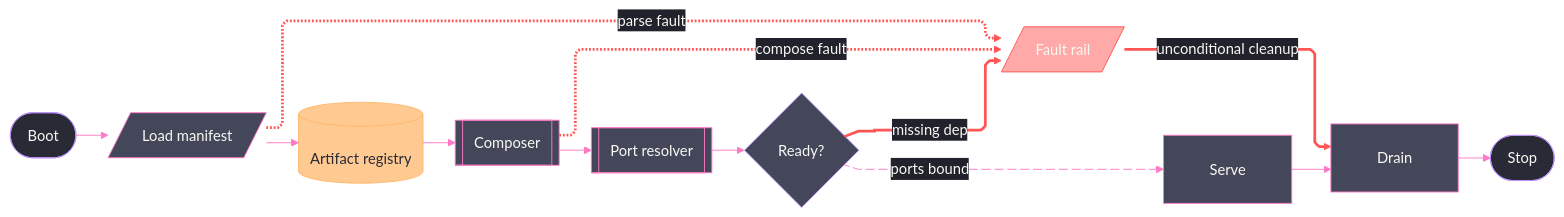
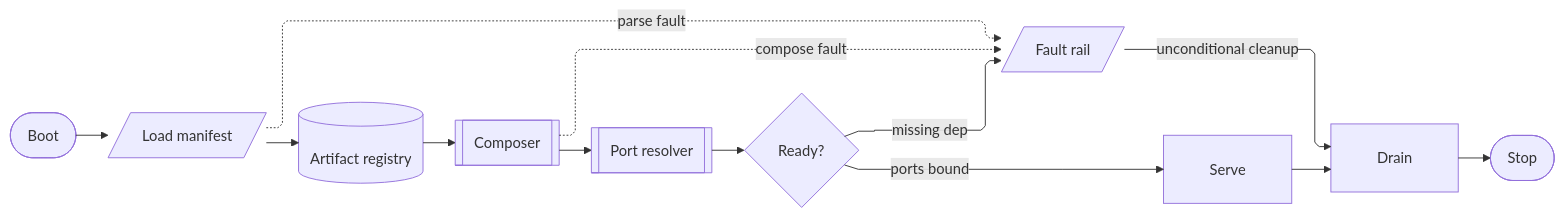
The diagram in .claude/skills/mermaid-diagramming/templates/spine.mmd.md (bsamiee/Rasm), drawn with Mermaid before and after one commit. The commit also changed other lines of this file and 28 other files, not shown here.

Commit message:
skills(docgen+mermaid): payload-only diagram law — docgen gate/fixer strips fence styling; mermaid bundle sheds the styling canon, theming survives as one opt-in reference

````diff
--- a/.claude/skills/mermaid-diagramming/templates/spine.mmd.md
+++ b/.claude/skills/mermaid-diagramming/templates/spine.mmd.md
@@ -5,51 +5,24 @@
 ```mermaid
 ---
 config:
-  theme: base
-  look: classic
   layout: elk
   flowchart:
     curve: linear
     padding: 25
-  themeVariables:
-    darkMode: true
-    fontFamily: "SF Mono, Menlo, Cascadia Mono, Segoe UI Mono, Consolas, monospace"
-    useGradient: false
-    dropShadow: "none"
-    background: "#282A36"
-    primaryColor: "#44475A"
-    primaryTextColor: "#F8F8F2"
-    primaryBorderColor: "#BD93F9"
-    lineColor: "#FF79C6"
-    textColor: "#F8F8F2"
-    edgeLabelBackground: "#21222C"
-    labelBackgroundColor: "#21222C"
-  themeCSS: ".nodeLabel{font-size:13px;font-weight:500}.edgeLabel{font-size:12px;font-weight:500}.cluster-label .nodeLabel{font-size:13.5px;font-weight:700;letter-spacing:.08em}.edge-thickness-normal{stroke-width:2px}.edge-thickness-thick{stroke-width:3px}.edge-pattern-dashed,.edge-pattern-dotted{stroke-width:1.5px;stroke-dasharray:4 6}.node rect,.node circle,.node polygon,.node path,.node .outer-path{stroke-width:1.5px;filter:none!important}.cluster rect{stroke-width:1px!important;stroke-dasharray:5 4!important;filter:none!important}.marker path{transform:scale(.8);transform-origin:5px 5px}.marker circle{transform:scale(.48);transform-origin:5px 5px}.edgeLabel rect{transform-box:fill-box;transform-origin:center;transform:scale(1.1,1.2)}"
 ---
 flowchart LR
     accTitle: AppHost runtime spine
-    accDescr: The once-walked host path from boot through manifest load, registry restore, composition, and a readiness gate into serve and drain, with every stage fault converging on one red rail that rejoins drain and the serve entry animated as the live path.
+    accDescr: The once-walked host path from boot through manifest load, registry restore, composition, and a readiness gate into serve and drain, with every stage fault converging on one rail that rejoins drain.
     Boot([Boot]) --> Manifest[/Load manifest/]
     Manifest --> Registry[(Artifact registry)]
     Registry --> Composer[[Composer]]
     Composer --> Resolver[[Port resolver]]
     Resolver --> Ready{Ready?}
     Ready e1@-->|"ports bound"| Serve[Serve]
     Ready e2@-->|"missing dep"| Fault[/Fault rail/]
     Manifest e3@-.->|"parse fault"| Fault
     Composer e4@-.->|"compose fault"| Fault
     Serve --> Drain[Drain]
     Fault e5@-->|"unconditional cleanup"| Drain
     Drain --> Stop([Stop])
-    e1@{ animate: true }
-    classDef boundary fill:#282A36,stroke:#BD93F9,color:#F8F8F2
-    classDef error fill:#FF555580,stroke:#FF5555,color:#F8F8F2
-    classDef primary fill:#44475A,stroke:#FF79C6,color:#F8F8F2
-    classDef data fill:#FFB86CBF,stroke:#FFB86C,color:#282A36
-    classDef edgeError stroke:#FF5555,stroke-width:3px,color:#F8F8F2
-    class Boot,Stop boundary
-    class Fault error
-    class Manifest,Composer,Resolver,Serve,Drain primary
-    class Registry data
-    class e2,e3,e4,e5 edgeError
 ```
````
